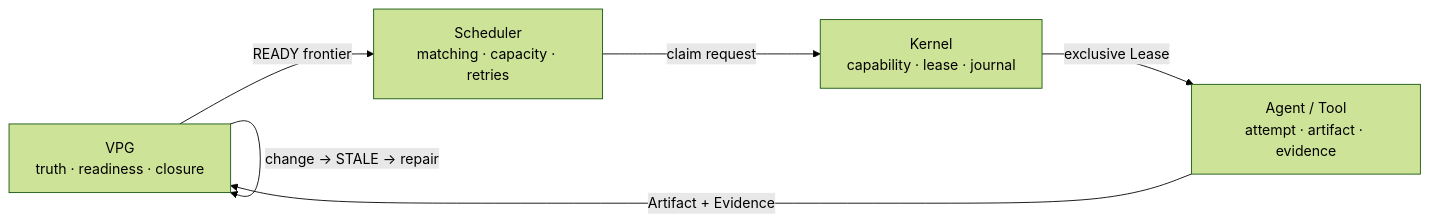
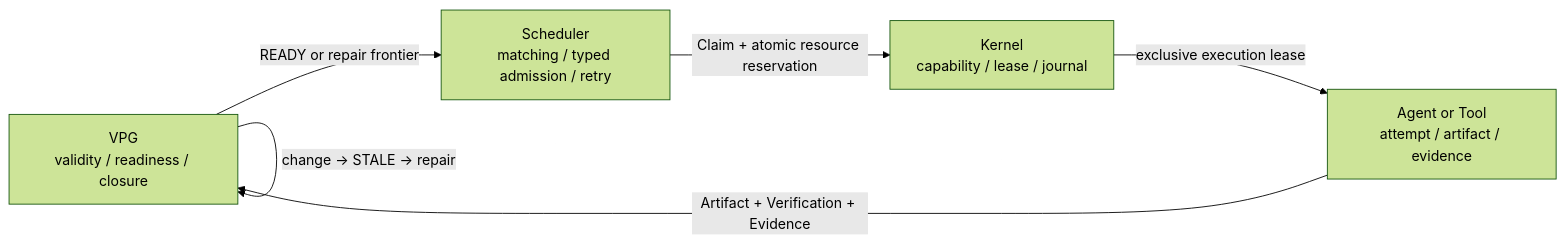
One commit to Yang-Jiashu/LongHorizonOS changed the diagram in README.md. Above: the diagram before and after it, drawn with Mermaid (forest theme). The commit also changed other lines of this file and 142 other files, not shown here.

First line of the commit message:
feat(core): async worker pool, durable scheduler state, brand assets, and roadmap docs

````diff
--- a/README.md
+++ b/README.md
@@ -44,13 +118,13 @@
 ```mermaid
 flowchart LR
-    V["VPG<br/>truth · readiness · closure"]
-    S["Scheduler<br/>matching · capacity · retries"]
-    K["Kernel<br/>capability · lease · journal"]
-    A["Agent / Tool<br/>attempt · artifact · evidence"]
+    V["VPG<br/>validity / readiness / closure"]
+    S["Scheduler<br/>matching / typed admission / retry"]
+    K["Kernel<br/>capability / lease / journal"]
+    A["Agent or Tool<br/>attempt / artifact / evidence"]
 
-    V -->|"READY frontier"| S
-    S -->|"claim request"| K
-    K -->|"exclusive Lease"| A
-    A -->|"Artifact + Evidence"| V
-    V -->|"change → STALE → repair"| V
+    V -->|"READY or repair frontier"| S
+    S -->|"Claim + atomic resource reservation"| K
+    K -->|"exclusive execution lease"| A
+    A -->|"Artifact + Verification + Evidence"| V
+    V -->|"change -> STALE -> repair"| V
 ```
````
